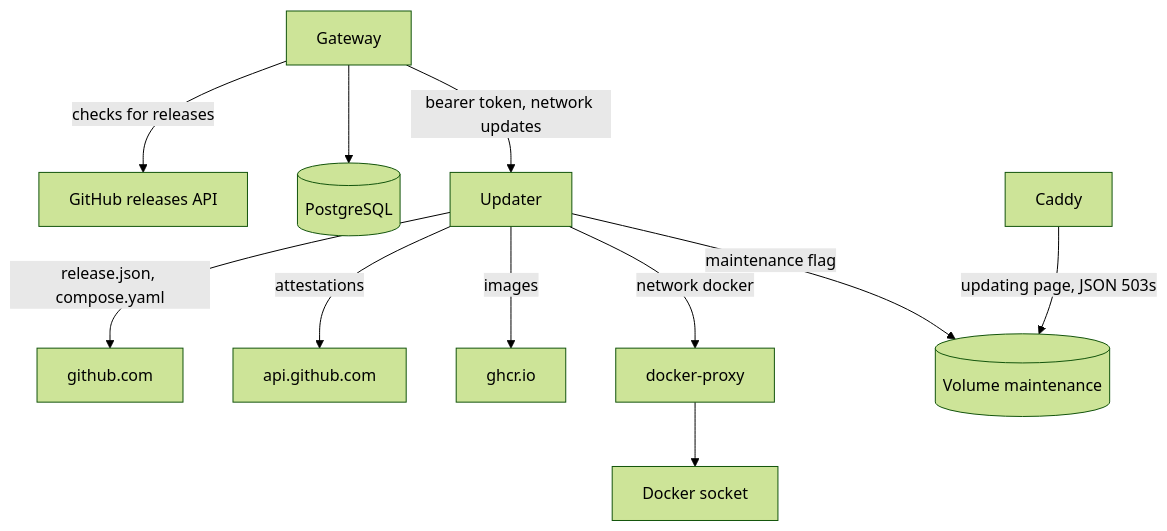
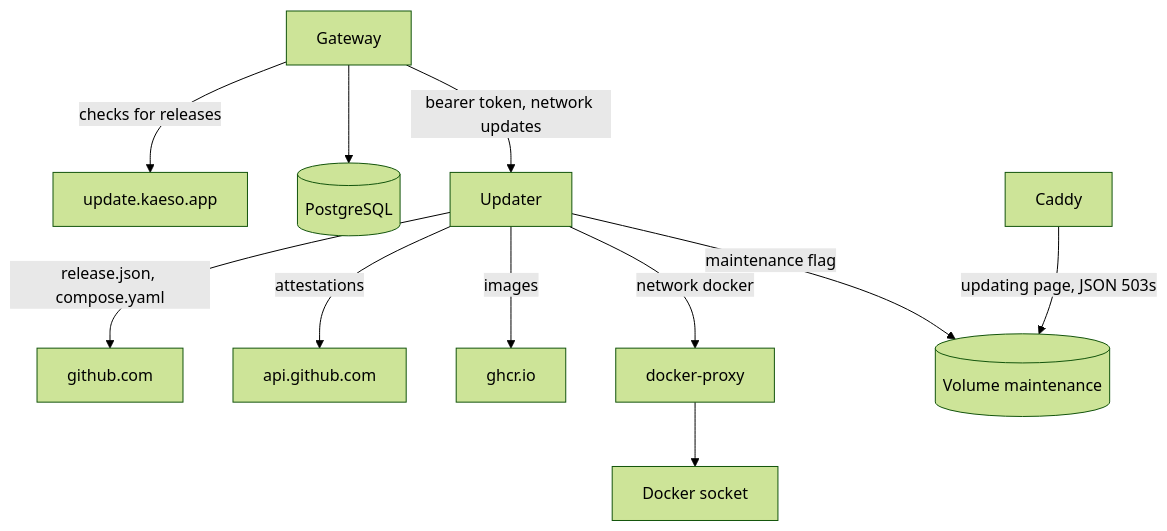
One commit to logicplanes/kaeso changed the diagram in apps/docs/content/en/development/architecture/updates.md. Above: the diagram before and after it, drawn with Mermaid (forest theme). The commit also changed other lines of this file and 90 other files, not shown here.

First line of the commit message:
Serve Kaeso's releases from update.kaeso.app, with artwork for every release, and point installs at it

````diff
--- a/apps/docs/content/en/development/architecture/updates.md
+++ b/apps/docs/content/en/development/architecture/updates.md
@@ -9,15 +9,15 @@
 ```mermaid
 flowchart TD
   accTitle: How an install learns about releases and updates
-  accDescr: The gateway checks GitHub's releases API, keeps its state in PostgreSQL and asks the updater over the internal network updates with a bearer token. The updater fetches release.json and compose.yaml from github.com, attestations from api.github.com and images from ghcr.io, reaches Docker only through docker-proxy on the internal network docker, and writes the maintenance flag that Caddy reads to serve the updating page and the JSON 503s.
-  gateway[Gateway] -- checks for releases --> releases[GitHub releases API]
+  accDescr: The gateway checks update.kaeso.app for releases, keeps its state in PostgreSQL and asks the updater over the internal network updates with a bearer token. The updater fetches release.json and compose.yaml from github.com, attestations from api.github.com and images from ghcr.io, reaches Docker only through docker-proxy on the internal network docker, and writes the maintenance flag that Caddy reads to serve the updating page and the JSON 503s.
+  gateway[Gateway] -- checks for releases --> releases[update.kaeso.app]
   gateway --> postgres[(PostgreSQL)]
   gateway -- bearer token, network updates --> updater[Updater]
   updater -- release.json, compose.yaml --> github[github.com]
   updater -- attestations --> api[api.github.com]
   updater -- images --> ghcr[ghcr.io]
   updater -- network docker --> proxy[docker-proxy]
   proxy --> socket[Docker socket]
   updater -- maintenance flag --> maintenance[(Volume maintenance)]
   caddy[Caddy] -- updating page, JSON 503s --> maintenance
 ```
````
